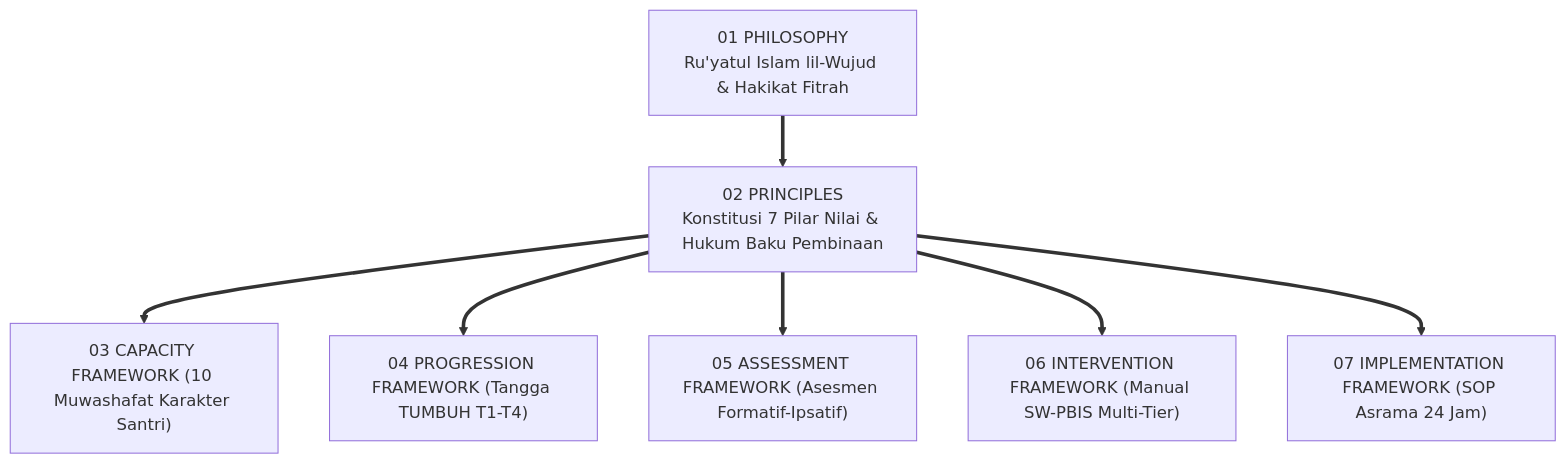
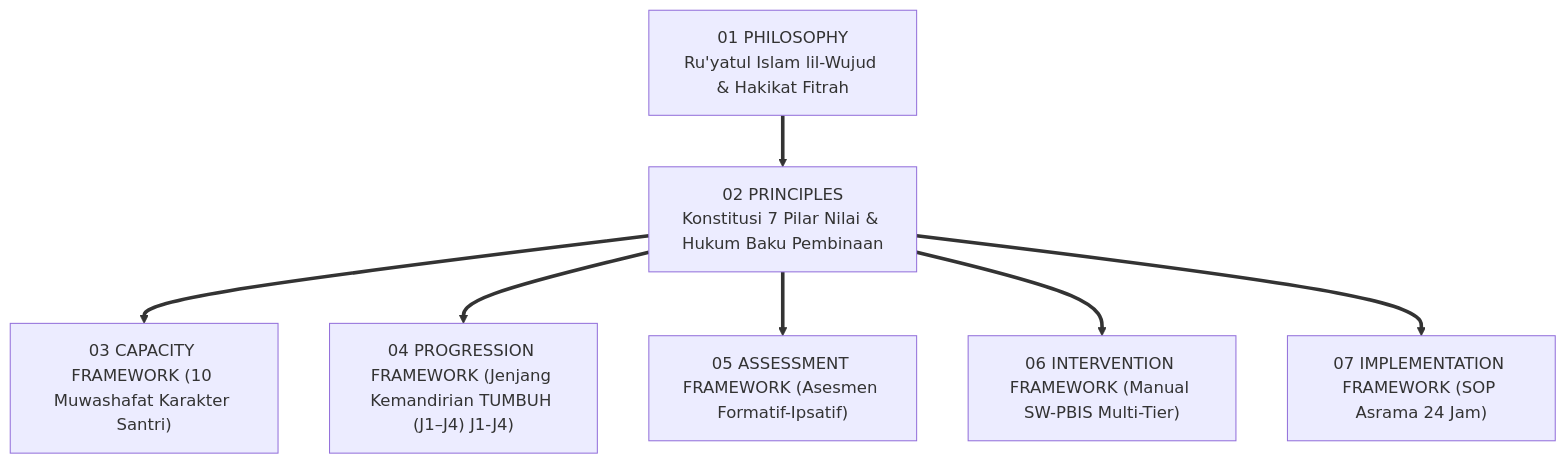
The first of 3 diagrams in 02 Principles/01 Core Principles/P2-01-Prinsip-Utama-TUMBUH.md (wandiapriliyandi/tumbuh), drawn with Mermaid before and after one commit. The commit also changed 209 other files, not shown here.

````diff
--- a/02 Principles/01 Core Principles/P2-01-Prinsip-Utama-TUMBUH.md
+++ b/02 Principles/01 Core Principles/P2-01-Prinsip-Utama-TUMBUH.md
@@ -53,11 +53,11 @@
 ```mermaid
 graph TD
     WV["01 PHILOSOPHY<br/>Ru'yatul Islam lil-Wujud & Hakikat Fitrah"] 
     ==> CP["02 PRINCIPLES<br/>Konstitusi 7 Pilar Nilai & Hukum Baku Pembinaan"]
     
     CP ==> CF["03 CAPACITY FRAMEWORK (10 Muwashafat Karakter Santri)"]
-    CP ==> PF["04 PROGRESSION FRAMEWORK (Tangga TUMBUH T1-T4)"]
+    CP ==> PF["04 PROGRESSION FRAMEWORK (Jenjang Kemandirian TUMBUH (J1–J4) J1-J4)"]
     CP ==> AF["05 ASSESSMENT FRAMEWORK (Asesmen Formatif-Ipsatif)"]
     CP ==> IF["06 INTERVENTION FRAMEWORK (Manual SW-PBIS Multi-Tier)"]
     CP ==> IMP["07 IMPLEMENTATION FRAMEWORK (SOP Asrama 24 Jam)"]
 ```
````
